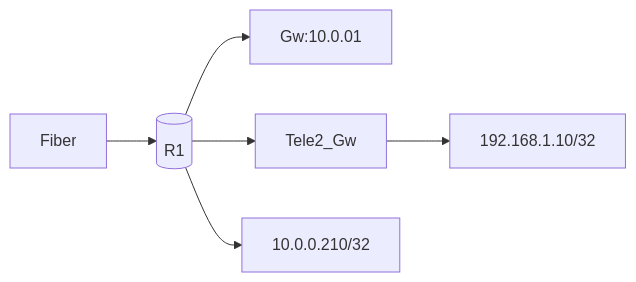
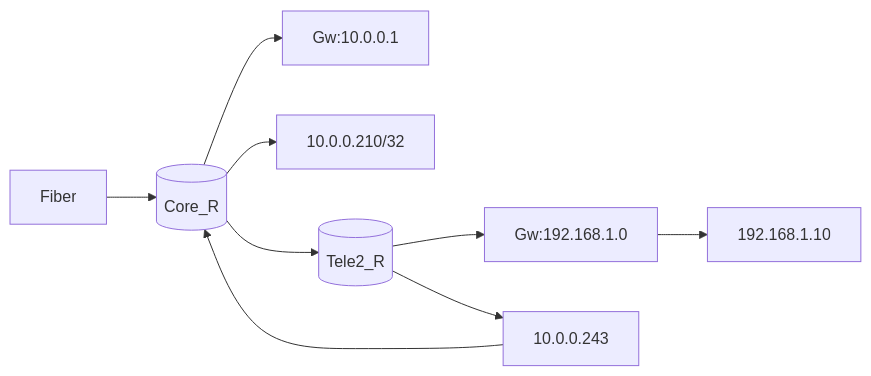
Before and after one commit to notkasim/DOCS: the second of 2 diagrams in Topology.md, drawn with Mermaid.

````diff
--- a/Topology.md
+++ b/Topology.md
@@ -20,9 +20,11 @@
 ```mermaid
 graph LR;
-    id3[(R1)]
-    id3-->Gw:10.0.01
+    id3[(Core_R)]
+    id3-->Gw:10.0.0.1
+    id3-->10.0.0.210/32
     Fiber-->id3;
-    id3-->Tele2_Gw
-    id3-->10.0.0.210/32
-    Tele2_Gw-->192.168.1.10/32
+    id4[(Tele2_R)]
+    id3-->id4
+    id4-->Gw:192.168.1.0-->192.168.1.10
+    id4-->10.0.0.243-->id3
 ```
````
